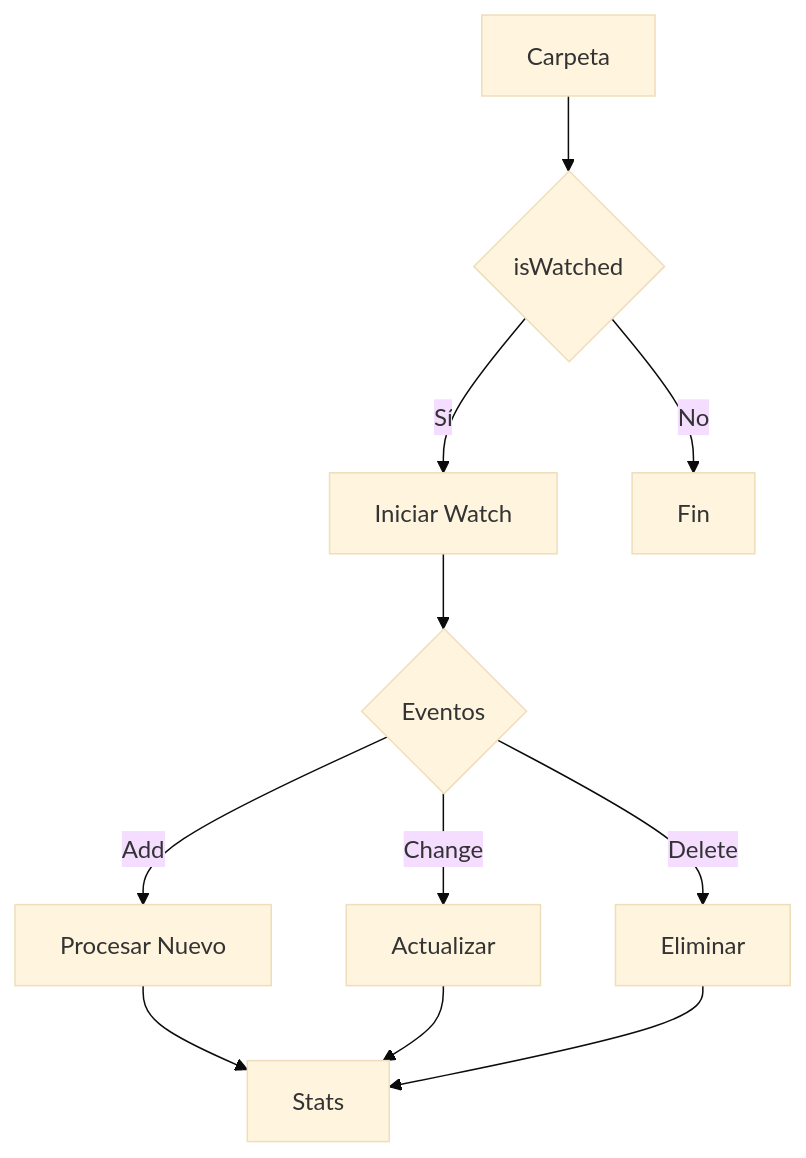
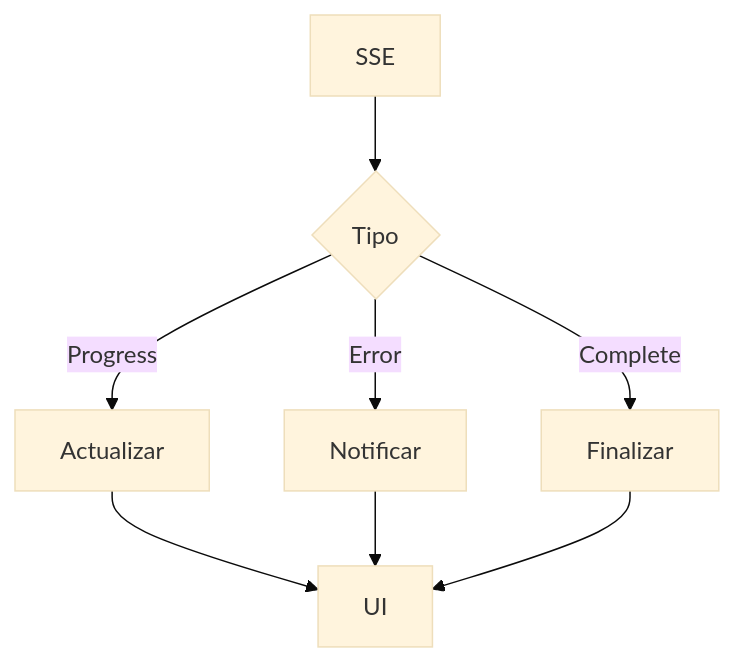
One commit to gvastethecreator/media-manager changed the third of 4 diagrams in docs/services/folder-service.md. Above: the diagram before and after it, drawn with Mermaid (base theme). The commit also changed other lines of this file and 4 other files, not shown here.

````diff
--- a/docs/services/folder-service.md
+++ b/docs/services/folder-service.md
@@ -192,11 +267,10 @@
 ```mermaid
 flowchart TD
-    A[Carpeta] --> B{isWatched}
-    B -->|Sí| C[Iniciar Watch]
-    B -->|No| D[Fin]
-    C --> E{Eventos}
-    E -->|Add| F[Procesar Nuevo]
-    E -->|Change| G[Actualizar]
-    E -->|Delete| H[Eliminar]
-    F & G & H --> I[Stats]
+	A[SSE] --> B{Tipo}
+	B -->|Progress| C[Actualizar]
+	B -->|Error| D[Notificar]
+	B -->|Complete| E[Finalizar]
+	C --> F[UI]
+	D --> F
+	E --> F
 ```
````
